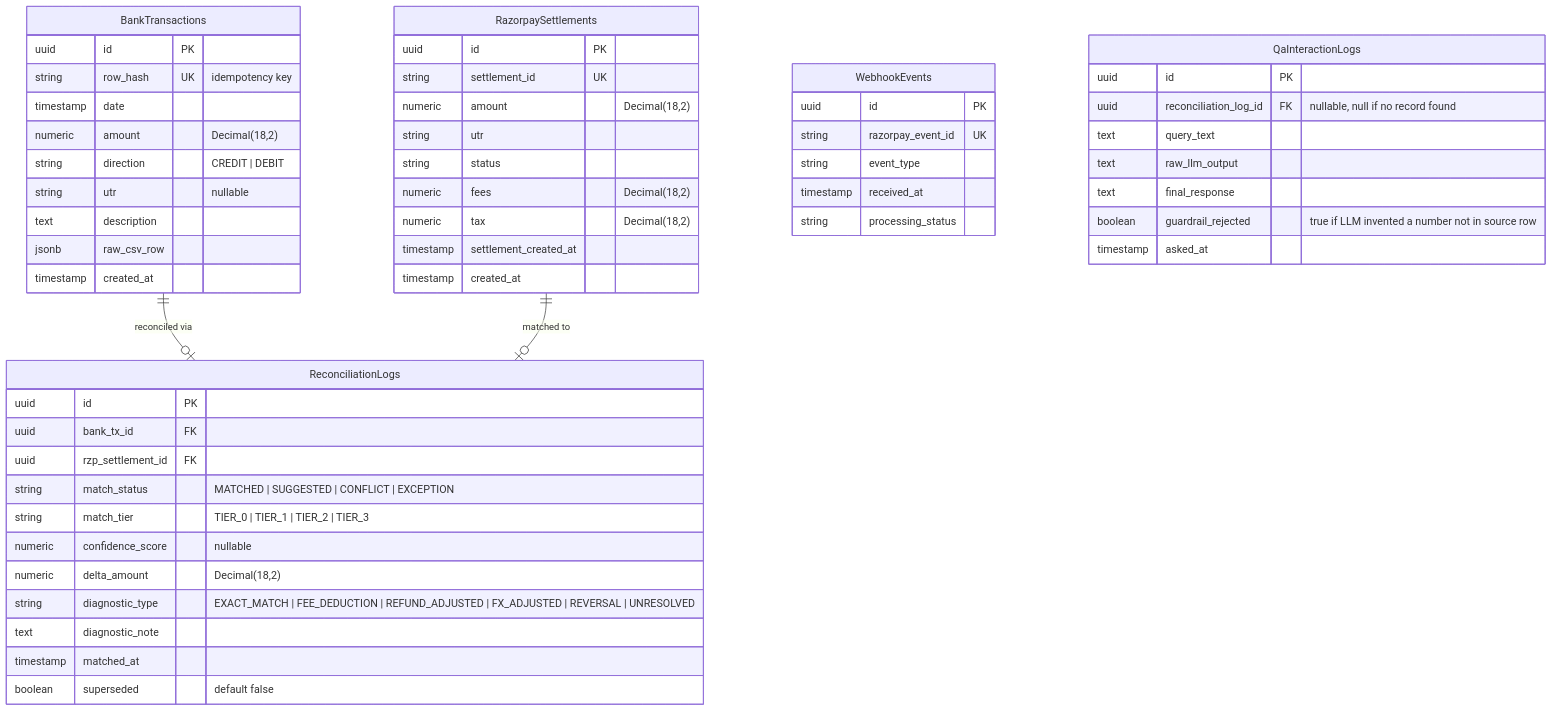
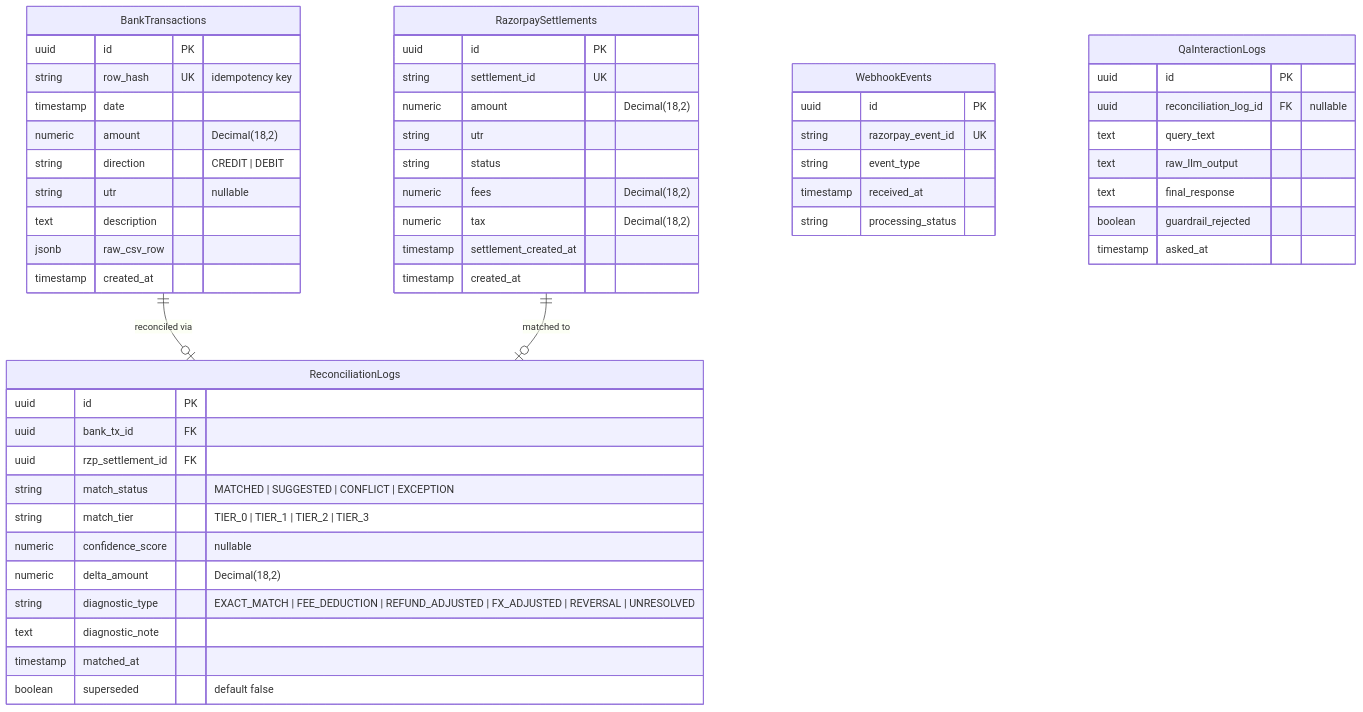
Before and after one commit to AkshayHaldar/ReconGrid-AI: the diagram in ARCHITECTURE.md, drawn with Mermaid. The commit also changed other lines of this file and 7 other files, not shown here.

````diff
--- a/ARCHITECTURE.md
+++ b/ARCHITECTURE.md
@@ -86,56 +116,56 @@
 ```mermaid
 erDiagram
     BankTransactions ||--o| ReconciliationLogs : "reconciled via"
     RazorpaySettlements ||--o| ReconciliationLogs : "matched to"
     WebhookEvents {
         uuid id PK
         string razorpay_event_id UK
         string event_type
         timestamp received_at
         string processing_status
     }
     BankTransactions {
         uuid id PK
         string row_hash UK "idempotency key"
         timestamp date
         numeric amount "Decimal(18,2)"
         string direction "CREDIT | DEBIT"
         string utr "nullable"
         text description
         jsonb raw_csv_row
         timestamp created_at
     }
     RazorpaySettlements {
         uuid id PK
         string settlement_id UK
         numeric amount "Decimal(18,2)"
         string utr
         string status
         numeric fees "Decimal(18,2)"
         numeric tax "Decimal(18,2)"
         timestamp settlement_created_at
         timestamp created_at
     }
     ReconciliationLogs {
         uuid id PK
         uuid bank_tx_id FK
         uuid rzp_settlement_id FK
         string match_status "MATCHED | SUGGESTED | CONFLICT | EXCEPTION"
         string match_tier "TIER_0 | TIER_1 | TIER_2 | TIER_3"
         numeric confidence_score "nullable"
         numeric delta_amount "Decimal(18,2)"
         string diagnostic_type "EXACT_MATCH | FEE_DEDUCTION | REFUND_ADJUSTED | FX_ADJUSTED | REVERSAL | UNRESOLVED"
         text diagnostic_note
         timestamp matched_at
         boolean superseded "default false"
     }
     QaInteractionLogs {
         uuid id PK
-        uuid reconciliation_log_id FK "nullable, null if no record found"
+        uuid reconciliation_log_id FK "nullable"
         text query_text
         text raw_llm_output
         text final_response
-        boolean guardrail_rejected "true if LLM invented a number not in source row"
+        boolean guardrail_rejected
         timestamp asked_at
     }
 ```
````
